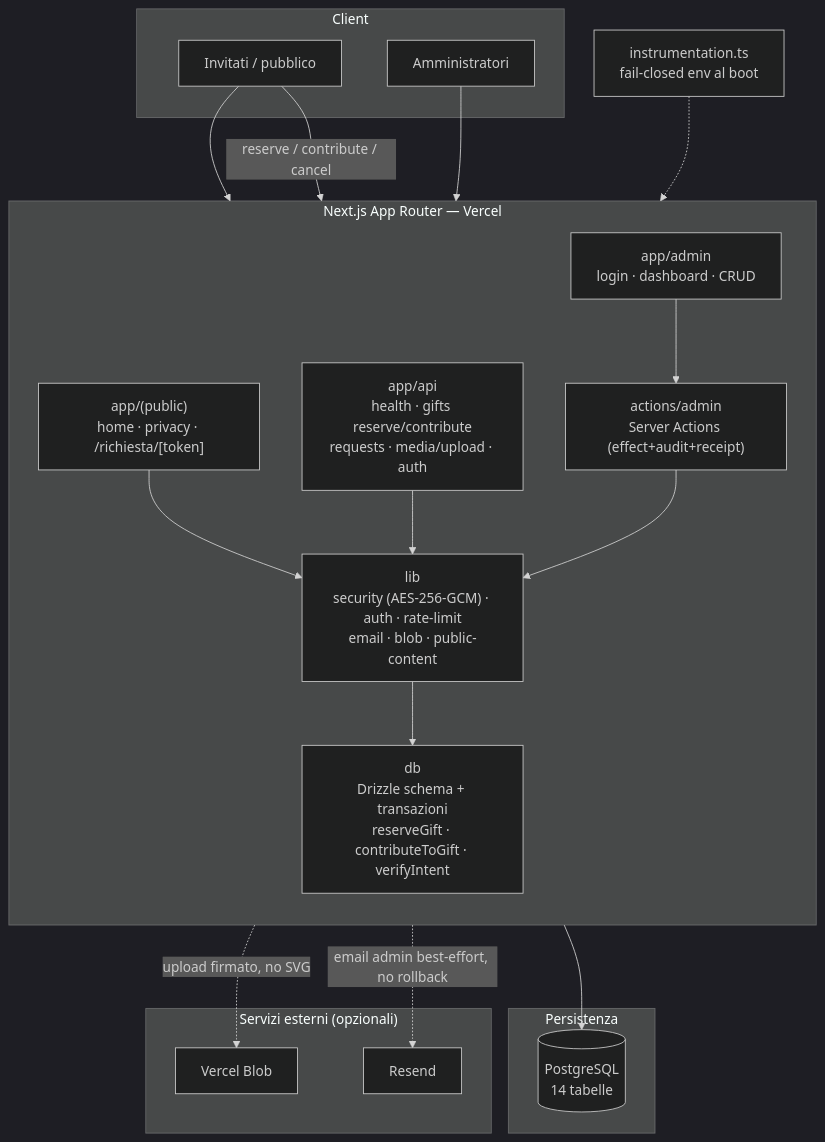
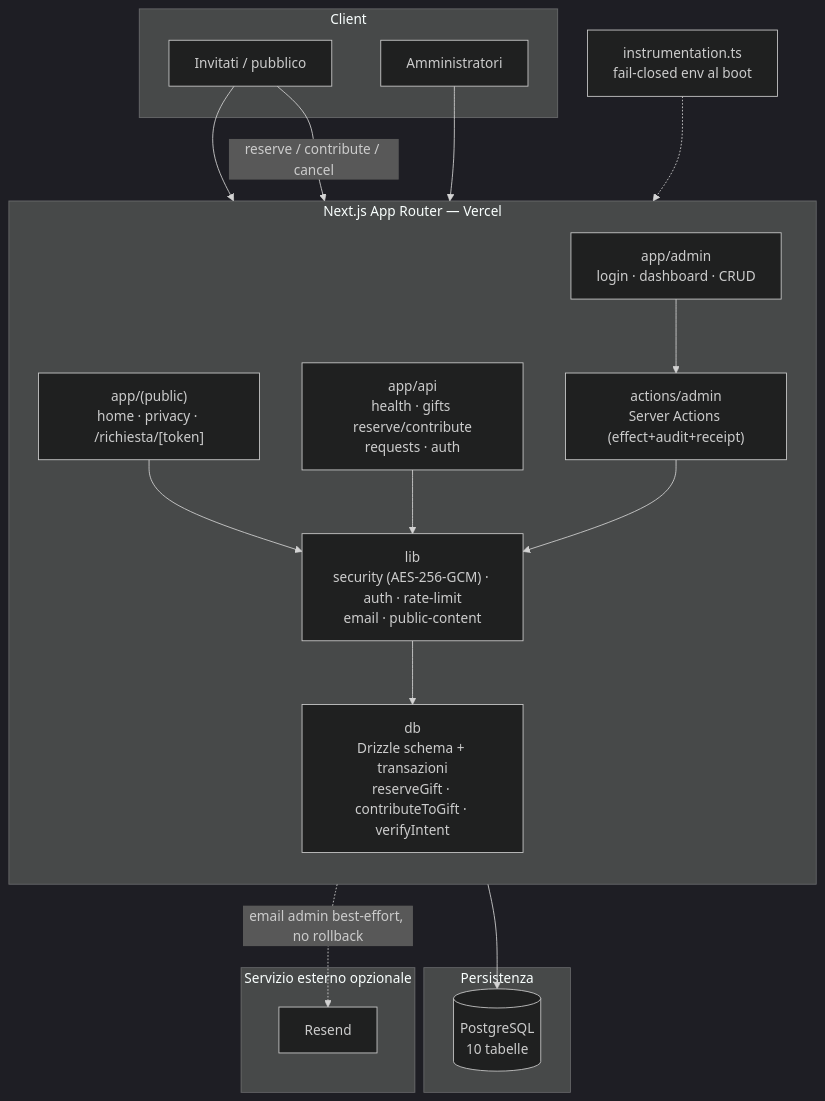
The first of 2 diagrams in README.md (gabrielesanticchi/giuliaegabriele.love), drawn with Mermaid (dark theme) before and after one commit. The commit also changed other lines of this file and 56 other files, not shown here.

````diff
--- a/README.md
+++ b/README.md
@@ -132,40 +134,38 @@
 ```mermaid
 flowchart TB
   subgraph client["Client"]
     G["Invitati / pubblico"]
     ADMU["Amministratori"]
   end
 
   subgraph next["Next.js App Router — Vercel"]
     direction TB
     PUB["app/(public)<br/>home · privacy · /richiesta/[token]"]
     ADM["app/admin<br/>login · dashboard · CRUD"]
-    API["app/api<br/>health · gifts reserve/contribute<br/>requests · media/upload · auth"]
+    API["app/api<br/>health · gifts reserve/contribute<br/>requests · auth"]
     SA["actions/admin<br/>Server Actions (effect+audit+receipt)"]
-    LIB["lib<br/>security (AES-256-GCM) · auth · rate-limit<br/>email · blob · public-content"]
+    LIB["lib<br/>security (AES-256-GCM) · auth · rate-limit<br/>email · public-content"]
     DBX["db<br/>Drizzle schema + transazioni<br/>reserveGift · contributeToGift · verifyIntent"]
   end
 
   subgraph data["Persistenza"]
-    PG[("PostgreSQL<br/>14 tabelle")]
+    PG[("PostgreSQL<br/>10 tabelle")]
   end
 
-  subgraph ext["Servizi esterni (opzionali)"]
-    BLOB["Vercel Blob"]
+  subgraph ext["Servizio esterno opzionale"]
     RESEND["Resend"]
   end
 
   G --> PUB
   G -->|reserve / contribute / cancel| API
   ADMU --> ADM
   ADM --> SA
   PUB --> LIB
   API --> LIB
   SA --> LIB
   LIB --> DBX
   DBX --> PG
-  LIB -.->|upload firmato, no SVG| BLOB
   LIB -.->|email admin best-effort, no rollback| RESEND
 
   instr["instrumentation.ts<br/>fail-closed env al boot"] -.-> next
 ```
````
